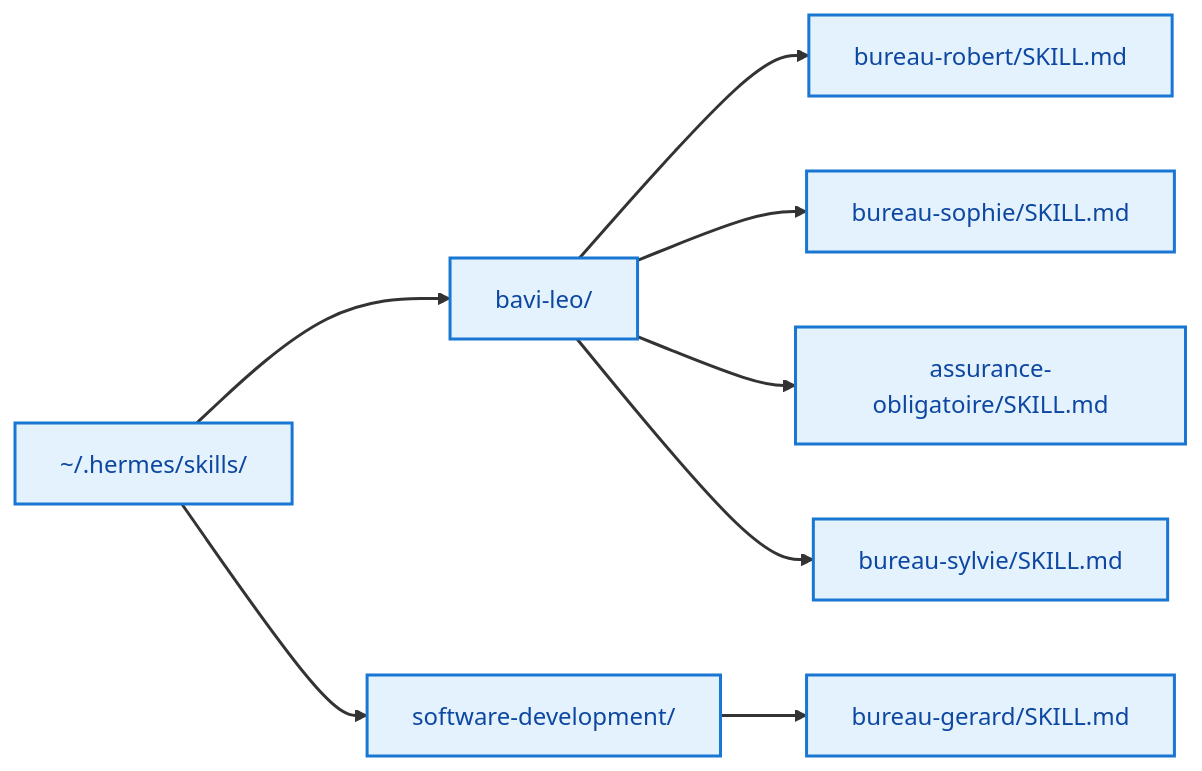
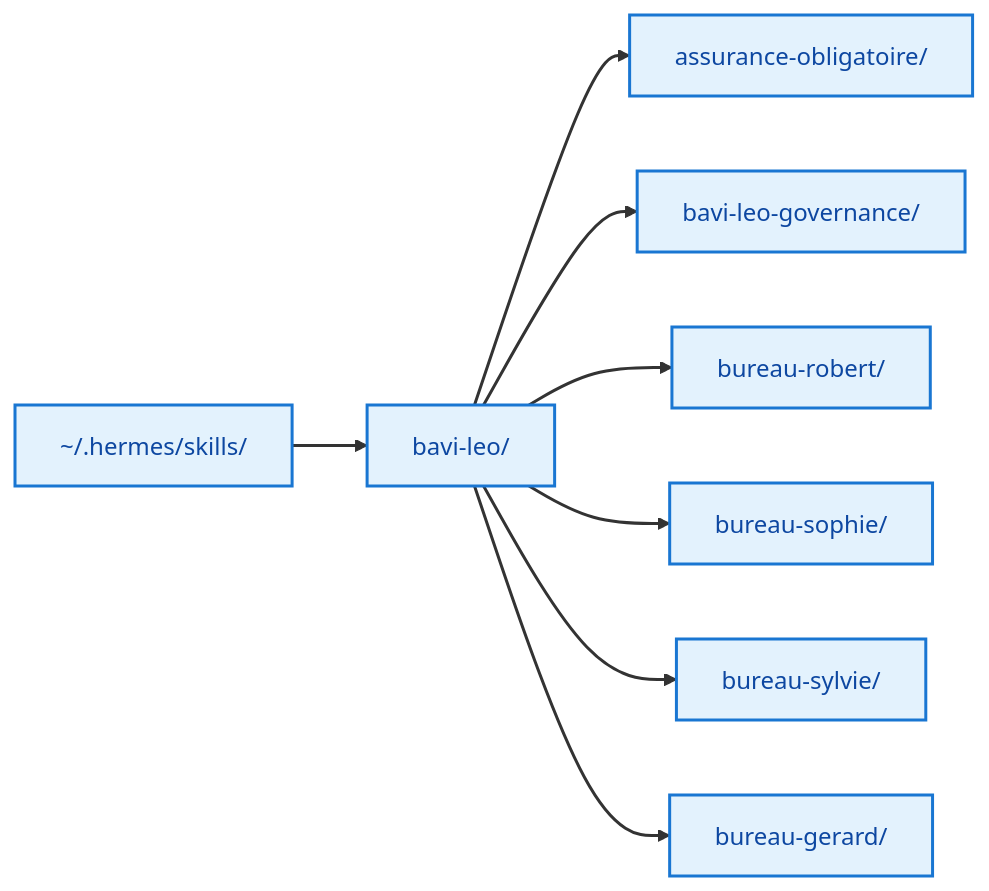
One commit to christophedanhier-hash/BAVI_LEO changed the diagram in docs/wiki/skills/index.md. Above: the diagram before and after it, drawn with Mermaid. The commit also changed other lines of this file, not shown here.

Commit message:
📚 Skills: arborescence + personas + diagramme corrigé (Gérard sous bavi-leo)

````diff
--- a/docs/wiki/skills/index.md
+++ b/docs/wiki/skills/index.md
@@ -55,29 +102,29 @@
 ```mermaid
 flowchart LR
-    Root["~/.hermes/skills/"]
+    Skills["~/.hermes/skills/"]
     Bavi["bavi-leo/"]
-    SW["software-development/"]
-    Robert["bureau-robert/SKILL.md"]
-    Sophie["bureau-sophie/SKILL.md"]
-    AO["assurance-obligatoire/SKILL.md"]
-    Sylvie["bureau-sylvie/SKILL.md"]
-    Gerard["bureau-gerard/SKILL.md"]
+    AO["assurance-obligatoire/"]
+    Gov["bavi-leo-governance/"]
+    Robert["bureau-robert/"]
+    Sophie["bureau-sophie/"]
+    Sylvie["bureau-sylvie/"]
+    Gerard["bureau-gerard/"]
 
-    Root --> Bavi
-    Root --> SW
+    Skills --> Bavi
+    Bavi --> AO
+    Bavi --> Gov
     Bavi --> Robert
     Bavi --> Sophie
-    Bavi --> AO
     Bavi --> Sylvie
-    SW --> Gerard
+    Bavi --> Gerard
 
-    style Root fill:#e3f2fd,stroke:#1976d2,stroke-width:2px,color:#0d47a1
+    style Skills fill:#e3f2fd,stroke:#1976d2,stroke-width:2px,color:#0d47a1
     style Bavi fill:#e3f2fd,stroke:#1976d2,stroke-width:2px,color:#0d47a1
-    style SW fill:#e3f2fd,stroke:#1976d2,stroke-width:2px,color:#0d47a1
+    style AO fill:#e3f2fd,stroke:#1976d2,stroke-width:2px,color:#0d47a1
+    style Gov fill:#e3f2fd,stroke:#1976d2,stroke-width:2px,color:#0d47a1
     style Robert fill:#e3f2fd,stroke:#1976d2,stroke-width:2px,color:#0d47a1
     style Sophie fill:#e3f2fd,stroke:#1976d2,stroke-width:2px,color:#0d47a1
-    style AO fill:#e3f2fd,stroke:#1976d2,stroke-width:2px,color:#0d47a1
     style Sylvie fill:#e3f2fd,stroke:#1976d2,stroke-width:2px,color:#0d47a1
     style Gerard fill:#e3f2fd,stroke:#1976d2,stroke-width:2px,color:#0d47a1
     linkStyle default stroke-width:2px,fill:none
 ```
````
